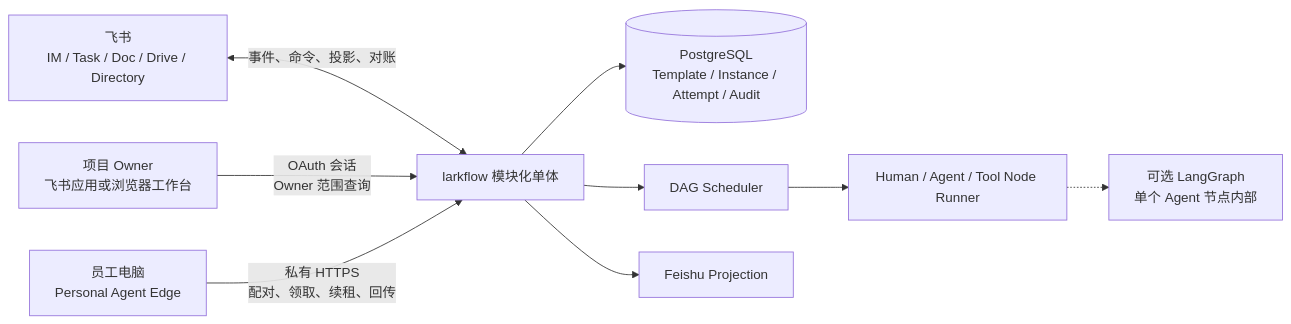
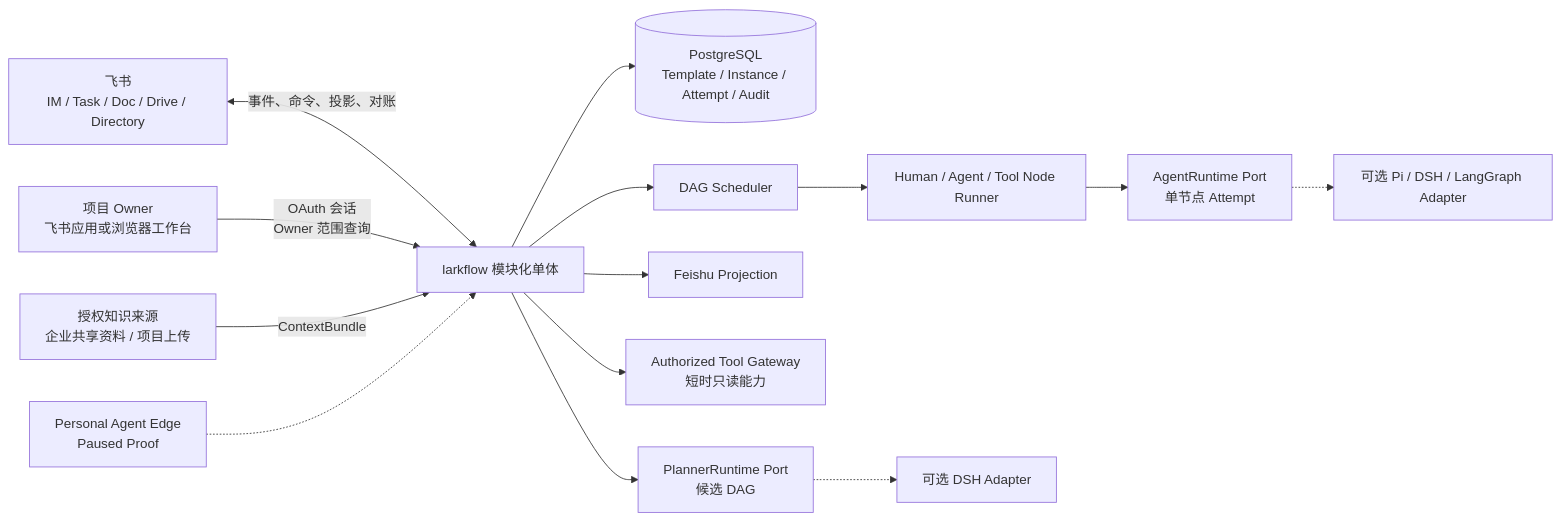
The diagram in AIREADME/ARCHITECTURE.md (iyuenan3/larkflow), drawn with Mermaid before and after one commit. The commit also changed other lines of this file and 14 other files, not shown here.

````diff
--- a/AIREADME/ARCHITECTURE.md
+++ b/AIREADME/ARCHITECTURE.md
@@ -17,11 +19,16 @@
 ```mermaid
 flowchart LR
     F["飞书<br/>IM / Task / Doc / Drive / Directory"] <-->|"事件、命令、投影、对账"| C["larkflow 模块化单体"]
     W["项目 Owner<br/>飞书应用或浏览器工作台"] -->|"OAuth 会话<br/>Owner 范围查询"| C
-    E["员工电脑<br/>Personal Agent Edge"] -->|"私有 HTTPS<br/>配对、领取、续租、回传"| C
+    K["授权知识来源<br/>企业共享资料 / 项目上传"] -->|"ContextBundle"| C
     C --> D[("PostgreSQL<br/>Template / Instance / Attempt / Audit")]
     C --> S["DAG Scheduler"]
     C --> P["Feishu Projection"]
+    C --> G["Authorized Tool Gateway<br/>短时只读能力"]
+    C --> PR["PlannerRuntime Port<br/>候选 DAG"]
     S --> R["Human / Agent / Tool Node Runner"]
-    R -.-> L["可选 LangGraph<br/>单个 Agent 节点内部"]
+    R --> AR["AgentRuntime Port<br/>单节点 Attempt"]
+    PR -.-> X["可选 DSH Adapter"]
+    AR -.-> Y["可选 Pi / DSH / LangGraph Adapter"]
+    E["Personal Agent Edge<br/>Paused Proof"] -.-> C
 ```
````
